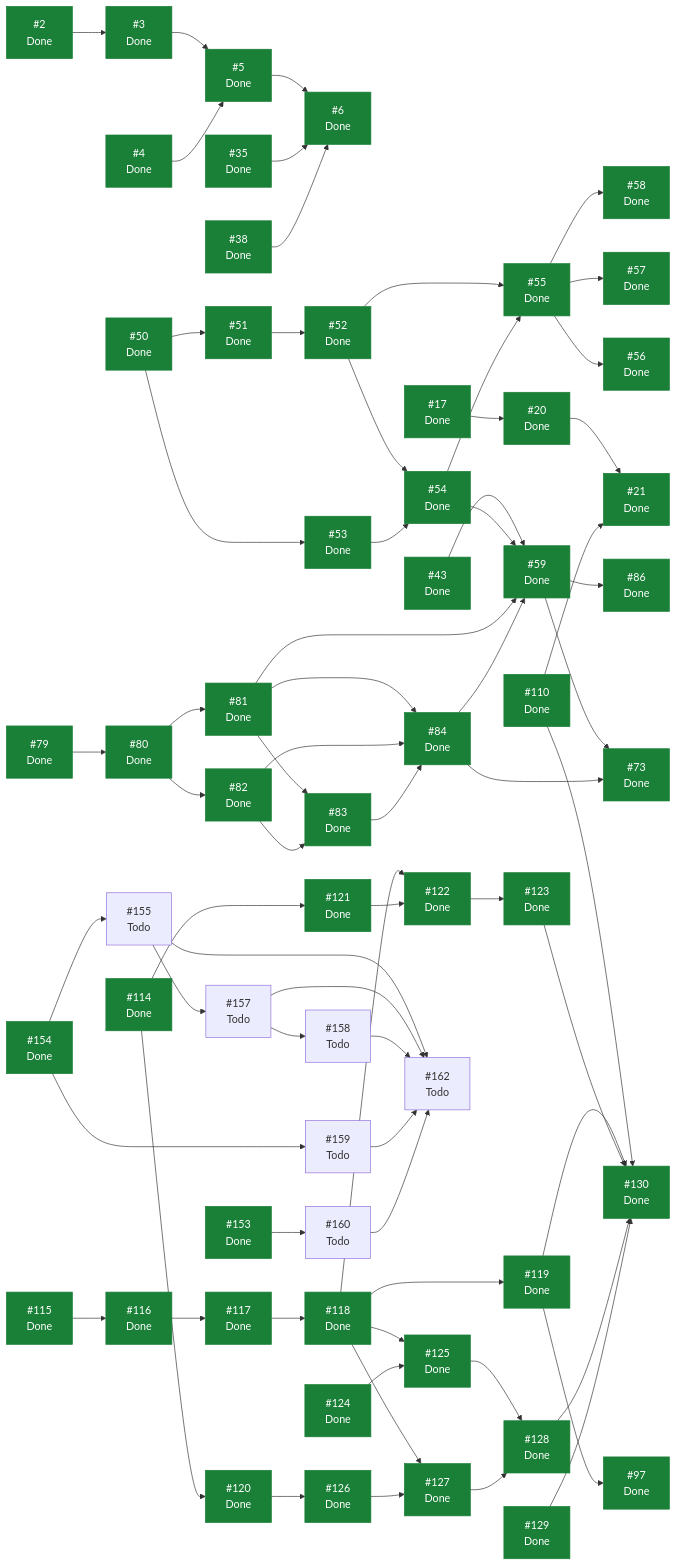
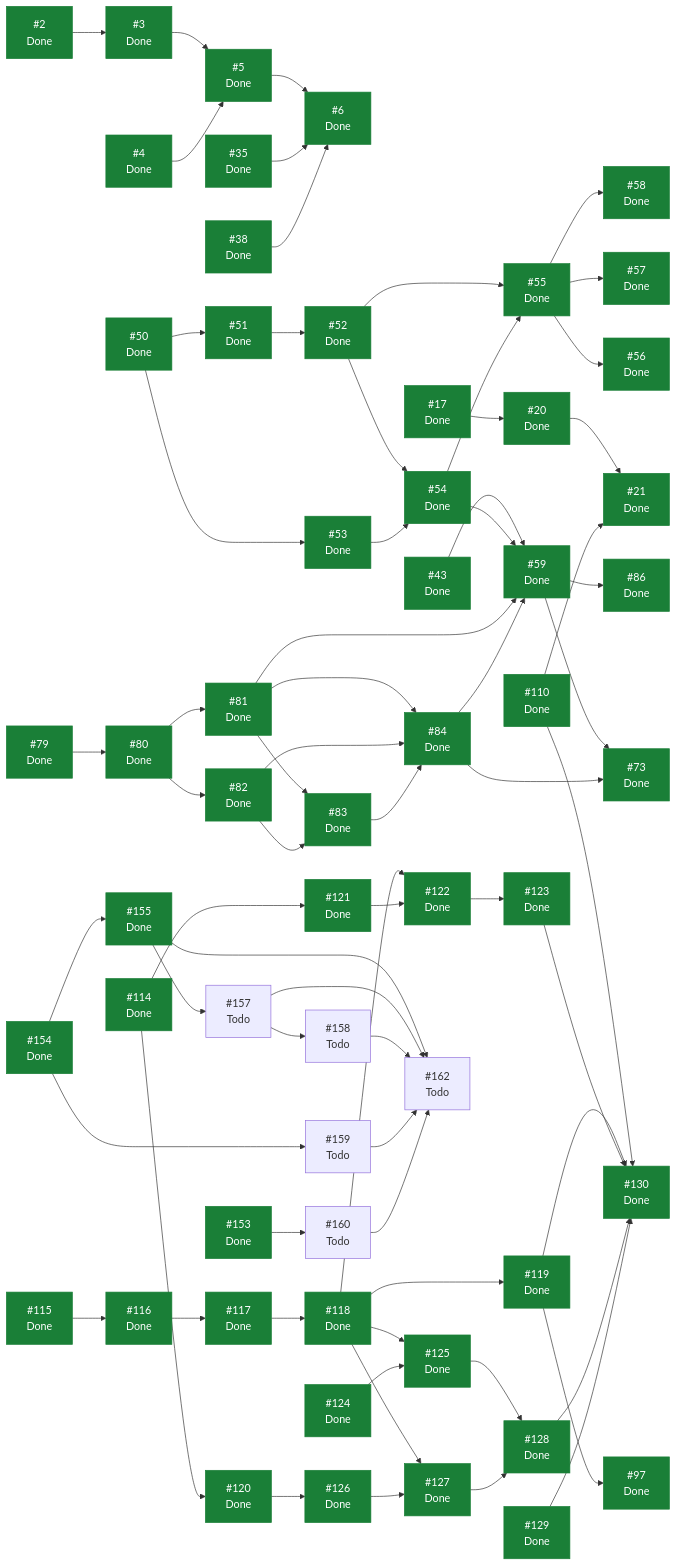
Before and after one commit to ecamp0s/evault: the diagram in docs/planning/STATUS.md, drawn with Mermaid. The commit also changed other lines of this file, not shown here.

````diff
--- a/docs/planning/STATUS.md
+++ b/docs/planning/STATUS.md
@@ -213,7 +213,7 @@
   I130["#130<br/>Done"]
   I153["#153<br/>Done"]
   I154["#154<br/>Done"]
-  I155["#155<br/>Todo"]
+  I155["#155<br/>Done"]
   I157["#157<br/>Todo"]
   I158["#158<br/>Todo"]
   I159["#159<br/>Todo"]
@@ -286,5 +286,5 @@
   I159 --> I162
   I160 --> I162
   classDef hecho fill:#1a7f37,stroke:#1a7f37,color:#fff;
-  class I2,I3,I4,I5,I6,I17,I20,I21,I35,I38,I43,I50,I51,I52,I53,I54,I55,I56,I57,I58,I59,I73,I79,I80,I81,I82,I83,I84,I86,I97,I110,I114,I115,I116,I117,I118,I119,I120,I121,I122,I123,I124,I125,I126,I127,I128,I129,I130,I153,I154 hecho;
+  class I2,I3,I4,I5,I6,I17,I20,I21,I35,I38,I43,I50,I51,I52,I53,I54,I55,I56,I57,I58,I59,I73,I79,I80,I81,I82,I83,I84,I86,I97,I110,I114,I115,I116,I117,I118,I119,I120,I121,I122,I123,I124,I125,I126,I127,I128,I129,I130,I153,I154,I155 hecho;
 ```
````
